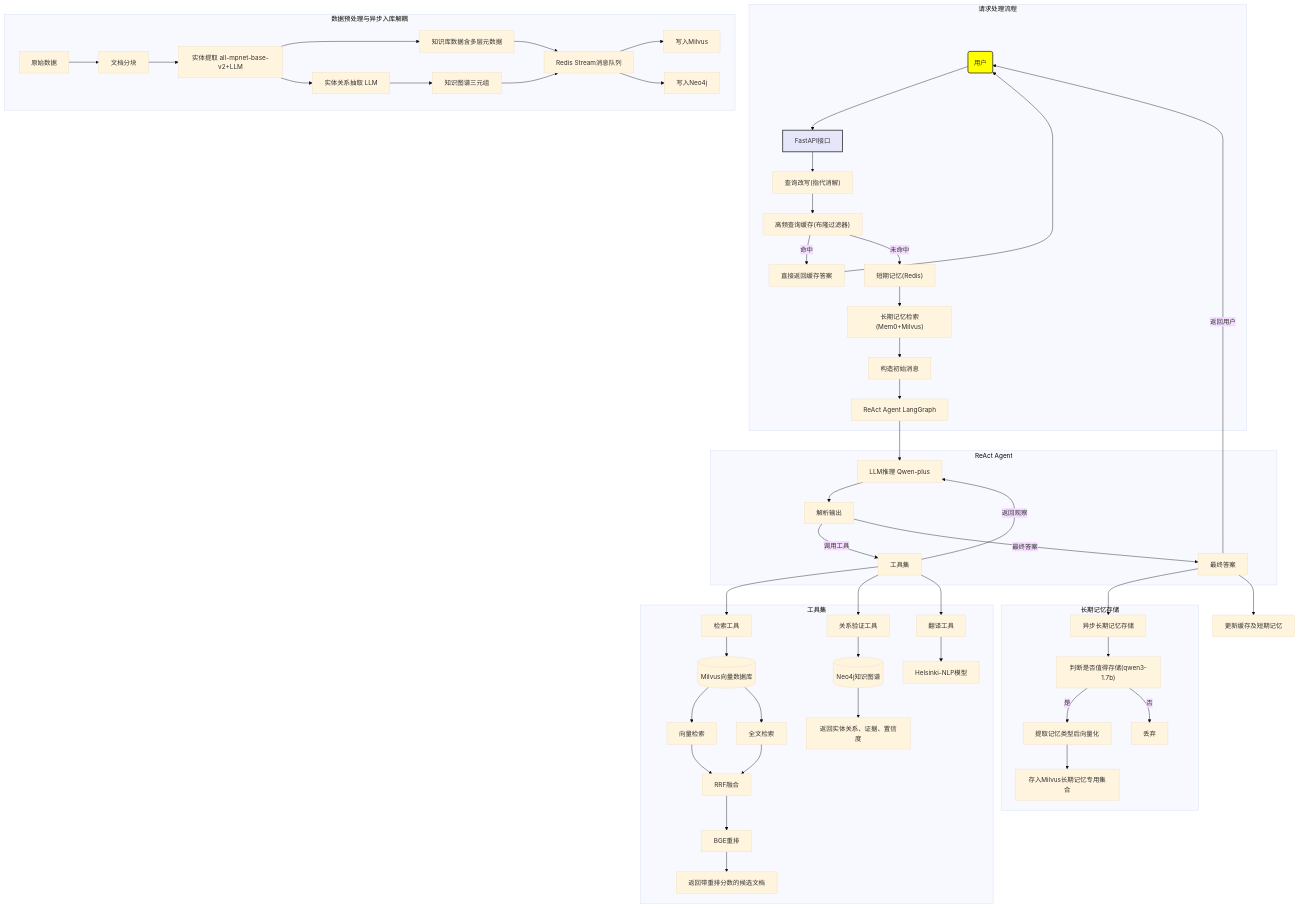
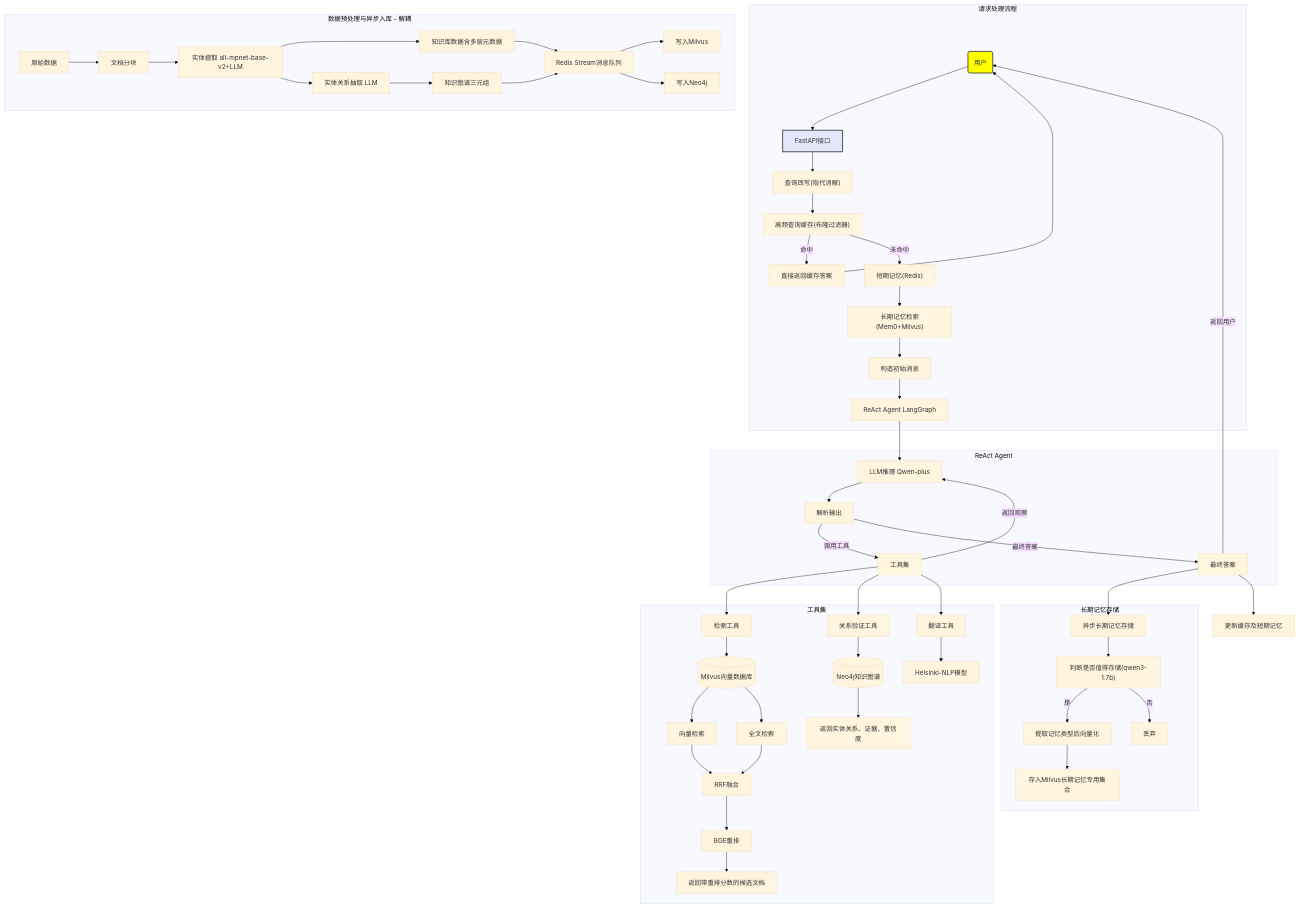
One commit to Jkler879/Wow_Multi-turn-Dialogue-System changed the diagram in README.md. Above: the diagram before and after it, drawn with Mermaid (base theme).

````diff
--- a/README.md
+++ b/README.md
@@ -3,70 +3,70 @@
 ```mermaid
 graph TD
     User(用户) --> API[FastAPI接口]
     style User fill:yellow,stroke:#333,stroke-width:2px
     style API fill:#E6E6FA,stroke:#333,stroke-width:2px
 
     subgraph 请求处理流程
         API --> QW["查询改写(指代消解)"]
         QW --> Cache["高频查询缓存(布隆过滤器)"]
         Cache -->|命中| DirectReturn[直接返回缓存答案]
         DirectReturn --> User
         Cache -->|未命中| ShortMem["短期记忆(Redis)"]
         ShortMem --> LongMemRet["长期记忆检索(Mem0+Milvus)"]
         LongMemRet --> MsgConstruct[构造初始消息]
         MsgConstruct --> Agent[ReAct Agent LangGraph]
     end
 
     subgraph ReAct Agent
         Agent --> LLM[LLM推理 Qwen-plus]
         LLM --> Parse[解析输出]
         Parse -->|调用工具| Tools[工具集]
         Tools -->|返回观察| LLM
         Parse -->|最终答案| FinalAns[最终答案]
     end
 
 
     subgraph 工具集
         Tools --> Retriever[检索工具]
         Tools --> Verifier[关系验证工具]
         Tools --> Translator[翻译工具]
 
         Retriever --> Milvus[(Milvus向量数据库)]
         Milvus --> VectorSearch[向量检索]
         Milvus --> FullTextSearch[全文检索]
         VectorSearch --> RRF[RRF融合]
         FullTextSearch --> RRF
         RRF --> Rerank[BGE重排]
         Rerank --> RetResult[返回带重排分数的候选文档]
         
         Verifier --> Neo4j[(Neo4j知识图谱)]
         Neo4j --> VeriResult[返回实体关系、证据、置信度]
 
         Translator --> Helsinki[Helsinki-NLP模型]
     end
 
     FinalAns -->|返回用户| User
     FinalAns --> AsyncLongMem[异步长期记忆存储]
     FinalAns --> UpdateCache[更新缓存及短期记忆]
 
     subgraph 长期记忆存储
         AsyncLongMem --> Decide["判断是否值得存储(qwen3-1.7b)"]
         Decide -->|是| Vectorize[提取记忆类型后向量化]
         Vectorize --> StoreMem[存入Milvus长期记忆专用集合]
         Decide -->|否| Discard[丢弃]
     end
 
-    subgraph 数据预处理与异步入库解耦
+    subgraph 数据预处理与异步入库 - 解耦
         RawData[原始数据] --> Chunking[文档分块]
         Chunking --> EntityExt[实体提取 all-mpnet-base-v2+LLM]
         EntityExt --> KBData[知识库数据含多层元数据]
         KBData --> Stream[Redis Stream消息队列]
 
         EntityExt --> RelationExt[实体关系抽取 LLM]
         RelationExt --> KGData[知识图谱三元组]
         KGData --> Stream
 
         Stream --> MilvusConsumer[写入Milvus]
         Stream --> Neo4jConsumer[写入Neo4j]
     end
 ```
````
